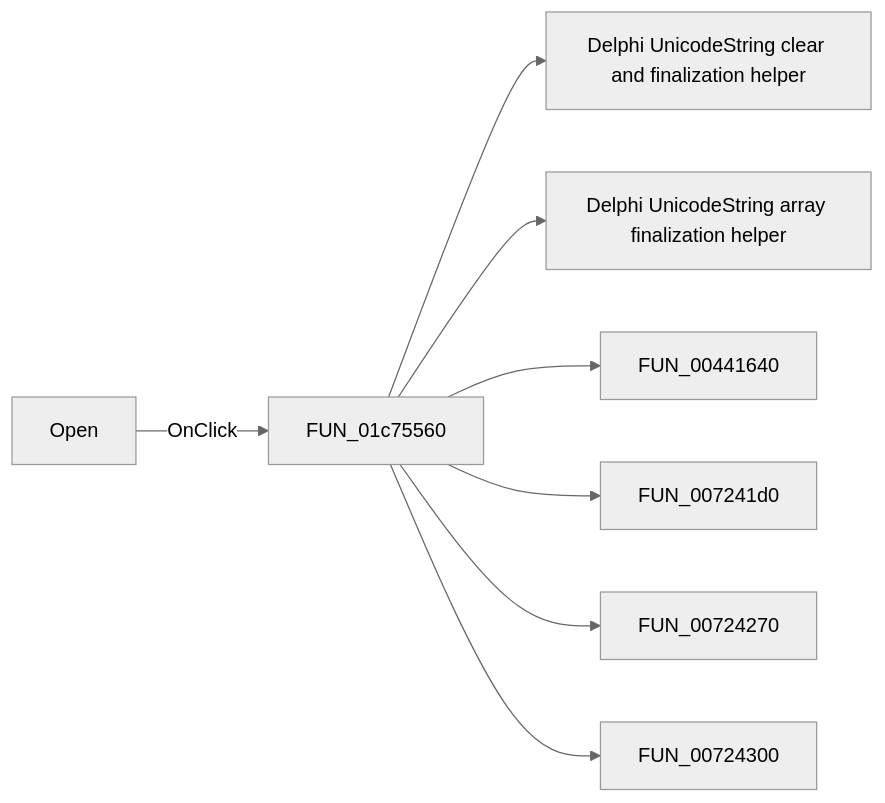
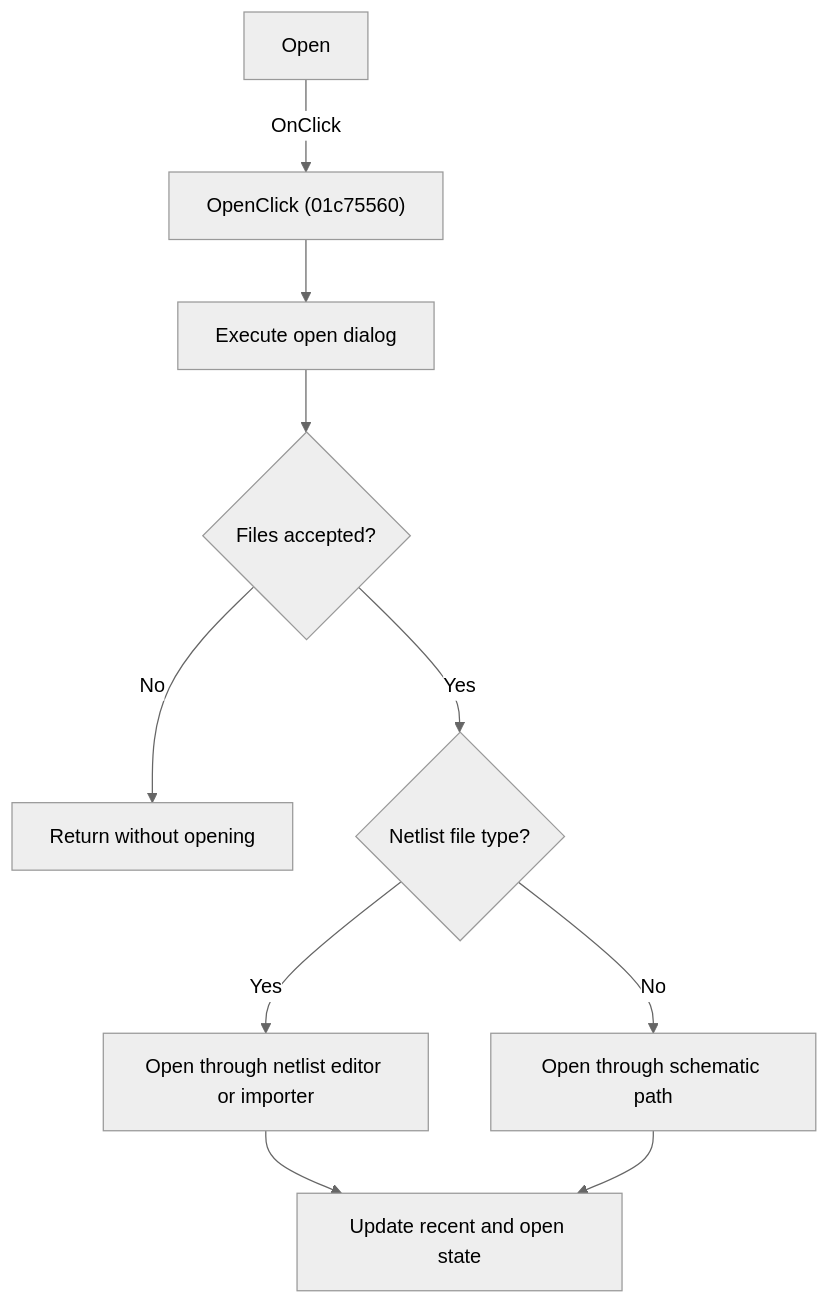
Before and after one commit to MovGP0/TIARA: the diagram in docs/ui-controls/schematiceditor/dfopenbtn-0bd7c28e4d.md, drawn with Mermaid (neutral theme). The commit also changed other lines of this file and 1062 other files, not shown here.

````diff
--- a/docs/ui-controls/schematiceditor/dfopenbtn-0bd7c28e4d.md
+++ b/docs/ui-controls/schematiceditor/dfopenbtn-0bd7c28e4d.md
@@ -27,10 +27,12 @@
 ```mermaid
-flowchart LR
-    control["Open"] -->|OnClick| handler["FUN_01c75560"]
-    handler --> call1["Delphi UnicodeString clear and finalization helper"]
-    handler --> call2["Delphi UnicodeString array finalization helper"]
-    handler --> call3["FUN_00441640"]
-    handler --> call4["FUN_007241d0"]
-    handler --> call5["FUN_00724270"]
-    handler --> call6["FUN_00724300"]
+flowchart TD
+    control["Open"] -->|"OnClick"| handler["OpenClick (01c75560)"]
+    handler --> dialog["Execute open dialog"]
+    dialog --> accepted{"Files accepted?"}
+    accepted -->|"No"| unchanged["Return without opening"]
+    accepted -->|"Yes"| type{"Netlist file type?"}
+    type -->|"Yes"| netlist["Open through netlist editor or importer"]
+    type -->|"No"| schematic["Open through schematic path"]
+    netlist --> state["Update recent and open state"]
+    schematic --> state
 ```
````
